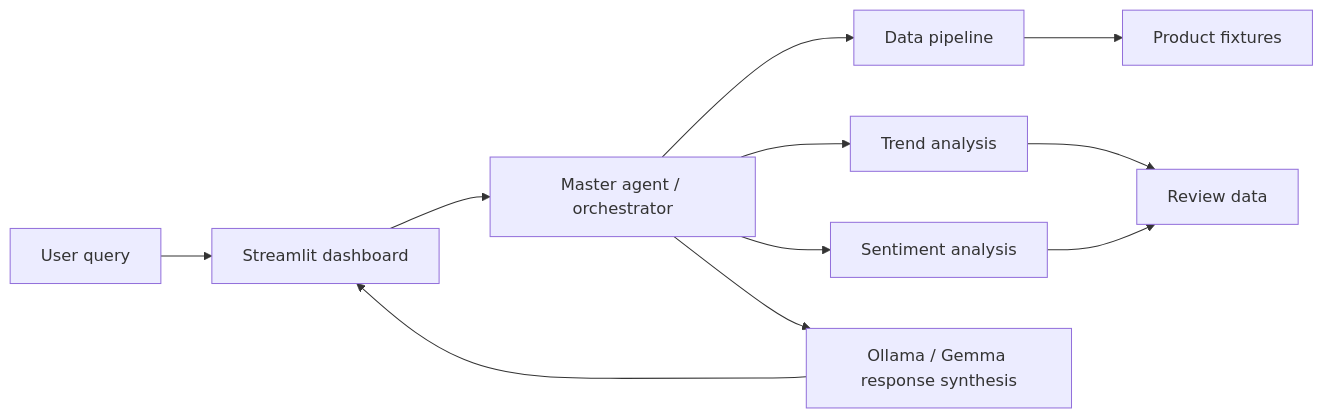
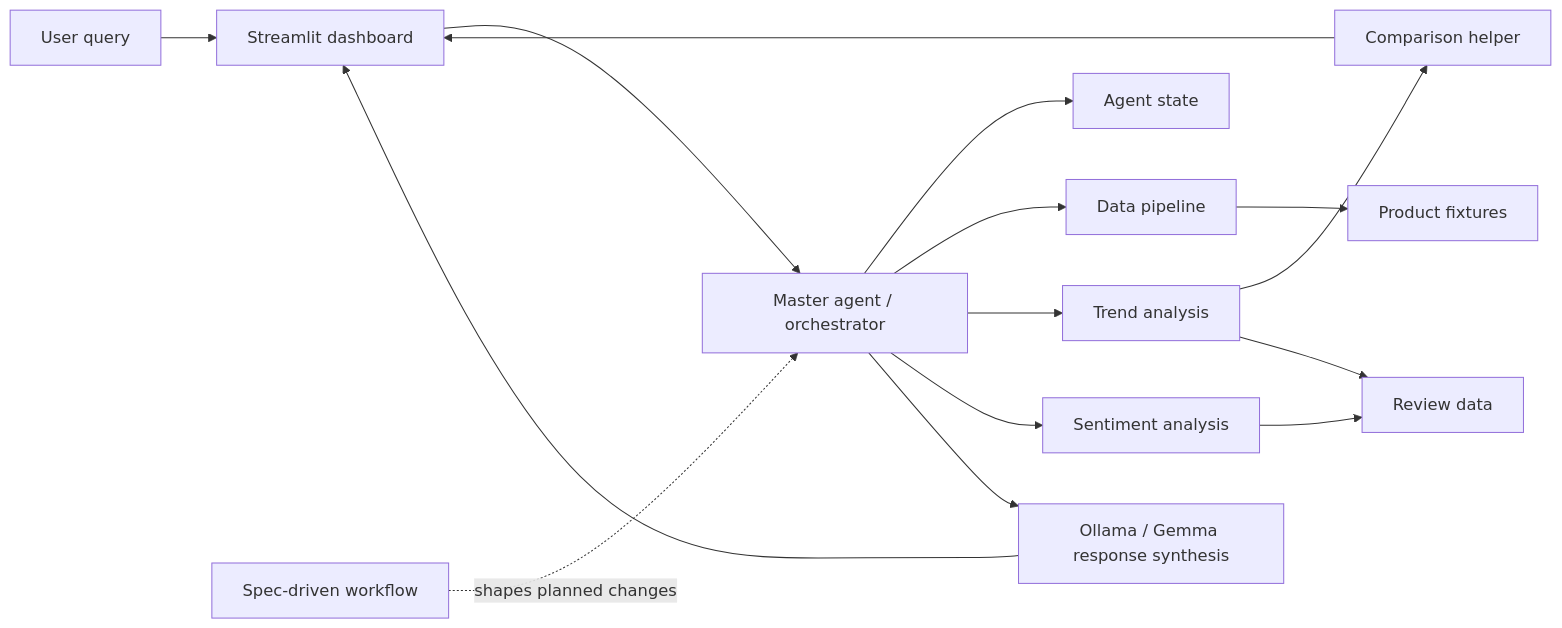
The diagram in README.md (AustinZ21/EggHatch-AI), drawn with Mermaid before and after one commit. The commit also changed other lines of this file, not shown here.

Commit message:
Align README architecture with tutorial

````diff
--- a/README.md
+++ b/README.md
@@ -42,13 +42,17 @@
 ```mermaid
 flowchart LR
     User["User query"] --> UI["Streamlit dashboard"]
     UI --> Master["Master agent / orchestrator"]
+    Master --> State["Agent state"]
     Master --> Data["Data pipeline"]
     Master --> Trend["Trend analysis"]
     Master --> Sentiment["Sentiment analysis"]
+    Trend --> Compare["Comparison helper"]
     Trend --> Reviews["Review data"]
     Sentiment --> Reviews
     Data --> Products["Product fixtures"]
     Master --> LLM["Ollama / Gemma response synthesis"]
     LLM --> UI
+    Compare --> UI
+    Spec["Spec-driven workflow"] -. shapes planned changes .-> Master
 ```
````
